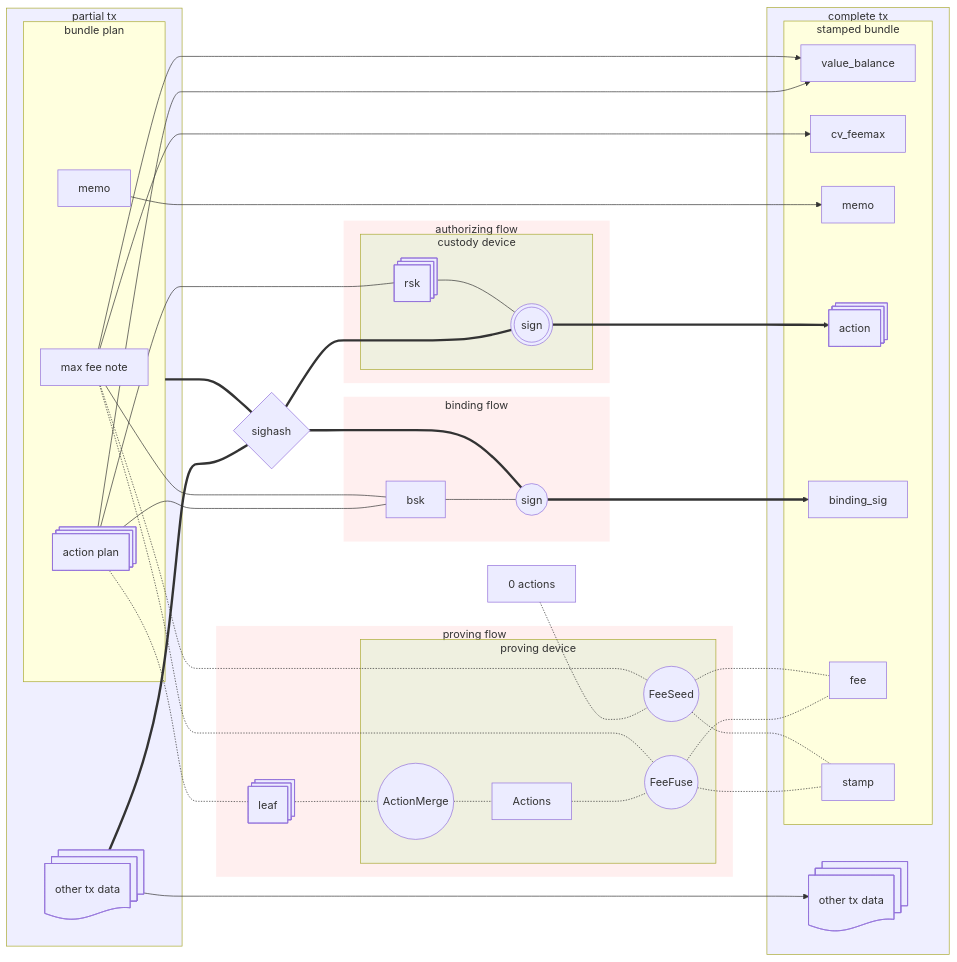
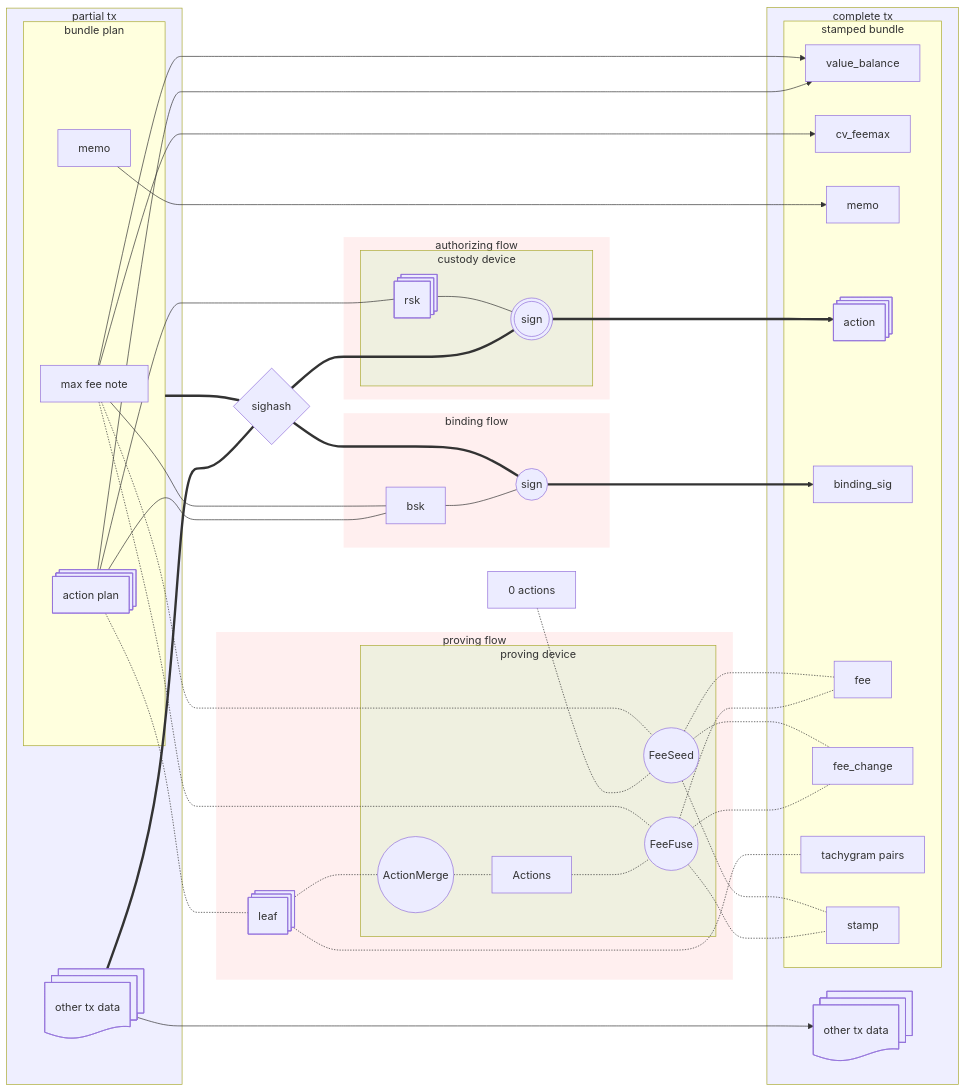
The second of 3 diagrams in book/src/authorization.md (tachyon-zcash/tachyon), drawn with Mermaid before and after one commit. The commit also changed other lines of this file and 28 other files, not shown here.

````diff
--- a/book/src/authorization.md
+++ b/book/src/authorization.md
@@ -182,79 +182,82 @@
 ```mermaid
 flowchart LR
     style proving fill:#ff000010,stroke:none
     style authorization fill:#ff000010,stroke:none
     style binding fill:#ff000010,stroke:none
 
     style custody fill:#00ff0010
     style prover fill:#00ff0010
 
     style pczt fill:#0000ff10
     style tx fill:#0000ff10
 
 
     subgraph pczt[partial tx]
         subgraph bundle_plan["bundle plan"]
             action_plan@{ shape: st-rect, label: "action plan" }
             max_fee_note["max fee note"]
             memo
         end
         other1@{ shape: st-doc, label: "other tx data" } 
     end
     pczt ~~~ sighash{sighash}
     bundle_plan & other1 === sighash 
 
 
     action_plan & max_fee_note --> value_balance
     max_fee_note --> cv_feemax
     memo --> memo_2[memo]
 
     subgraph tx[complete tx]
         subgraph bundle["stamped bundle"]
             value_balance
             action@{ shape: st-rect }
             cv_feemax
             binding_sig
             memo_2[memo]
             fee
+            fee_change
+            pairs["tachygram pairs"]
             stamp
         end
         other2@{ shape: st-doc, label: "other tx data" }
     end
 
 
 
     subgraph proving["proving flow"]
         leaf@{ shape: st-rect, label: "leaf" }
         subgraph prover["proving device"]
             merge((ActionMerge))
             actions[Actions]
             fee_fuse((FeeFuse))
             fee_seed((FeeSeed))
         end
     end
     action_plan -.- leaf -.- merge -.- actions -.- fee_fuse -.- stamp
+    leaf -.- pairs
     zero_actions["0 actions"] -.- fee_seed -.- stamp
-    max_fee_note -.- fee_fuse & fee_seed -.- fee
+    max_fee_note -.- fee_fuse & fee_seed -.- fee & fee_change
 
 
     sighash ~~~ binding
     subgraph binding["binding flow"]
         bsk 
         sign_binding_sig(("sign"))
     end
     action_plan & max_fee_note --- bsk --- sign_binding_sig ==> binding_sig
     sighash === sign_binding_sig
 
     sighash ~~~ authorization
     subgraph authorization["authorizing flow"]
         subgraph custody["custody device"]
             rsk@{ shape: st-rect }
             sign_action((("sign")))
         end
     end
     sighash === sign_action
     action_plan --- rsk --- sign_action ==> action
 
     other1 --> other2
     pczt ~~~ sighash
 ```
````
